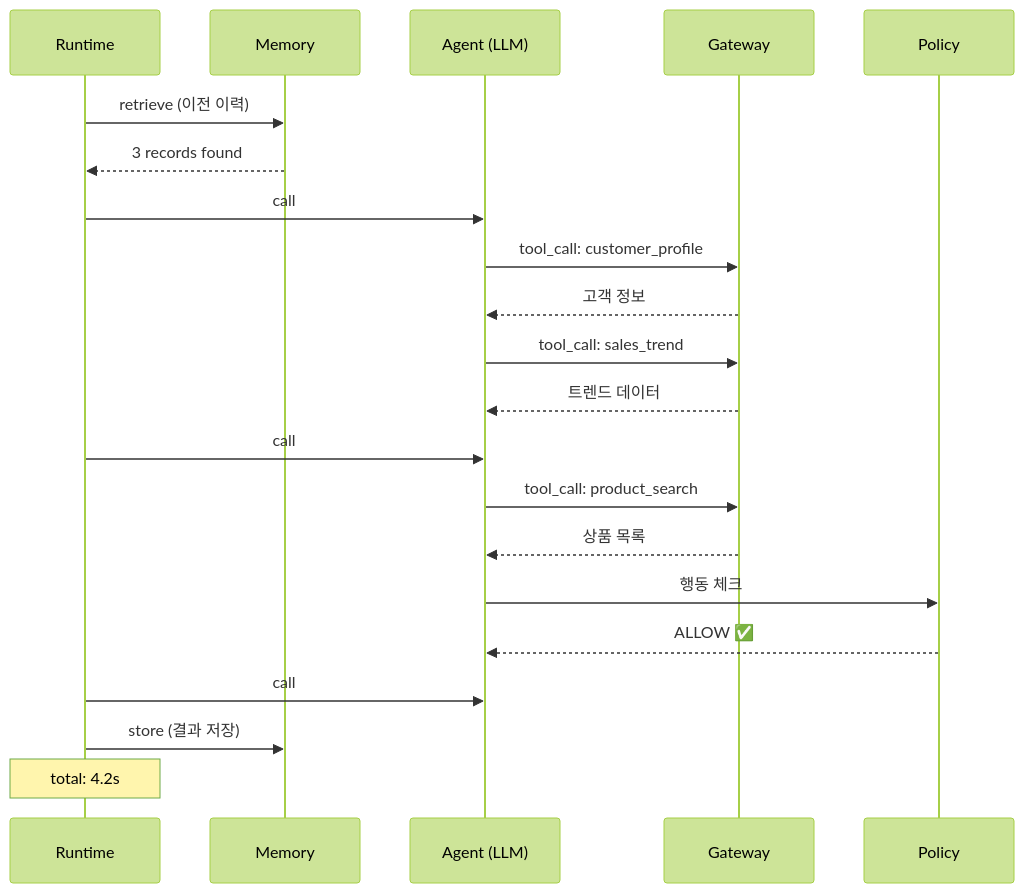
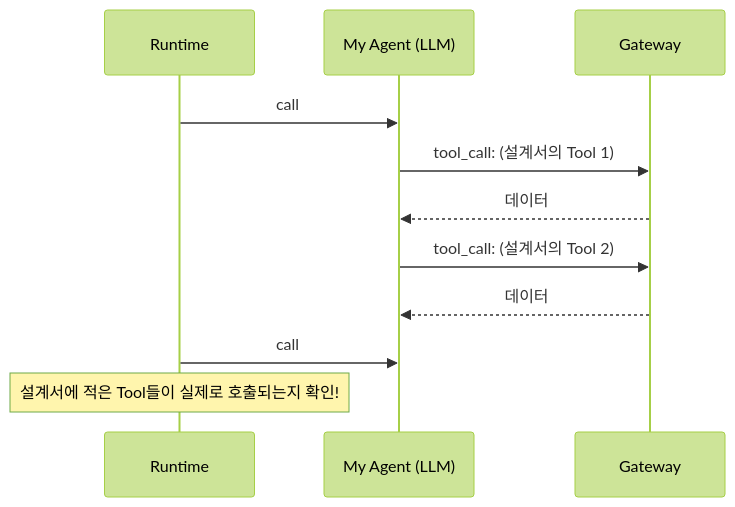
One commit to kjhyuok/rcg-agentcore-workshop-guide changed the diagram in docs/phase3/step3-deploy.md. Above: the diagram before and after it, drawn with Mermaid (forest theme). The commit also changed other lines of this file and 28 other files, not shown here.

````diff
--- a/docs/phase3/step3-deploy.md
+++ b/docs/phase3/step3-deploy.md
@@ -70,24 +110,14 @@
 ```mermaid
 sequenceDiagram
     participant RT as Runtime
-    participant ME as Memory
-    participant LLM as Agent (LLM)
+    participant LLM as My Agent (LLM)
     participant GW as Gateway
-    participant PO as Policy
 
-    RT->>ME: retrieve (이전 이력)
-    ME-->>RT: 3 records found
-    RT->>LLM: call #1 — 분석 계획
-    LLM->>GW: tool_call: customer_profile
-    GW-->>LLM: 고객 정보
-    LLM->>GW: tool_call: sales_trend
-    GW-->>LLM: 트렌드 데이터
-    RT->>LLM: call #2 — 결과 종합
-    LLM->>GW: tool_call: product_search
-    GW-->>LLM: 상품 목록
-    LLM->>PO: 행동 체크
-    PO-->>LLM: ALLOW ✅
-    RT->>LLM: call #3 — 최종 응답
-    RT->>ME: store (결과 저장)
-    Note over RT: total: 4.2s
+    RT->>LLM: call #1 — 요청 분석
+    LLM->>GW: tool_call: (설계서의 Tool 1)
+    GW-->>LLM: 데이터
+    LLM->>GW: tool_call: (설계서의 Tool 2)
+    GW-->>LLM: 데이터
+    RT->>LLM: call #2 — 최종 응답 생성
+    Note over RT: 설계서에 적은 Tool들이 실제로 호출되는지 확인!
 ```
````
